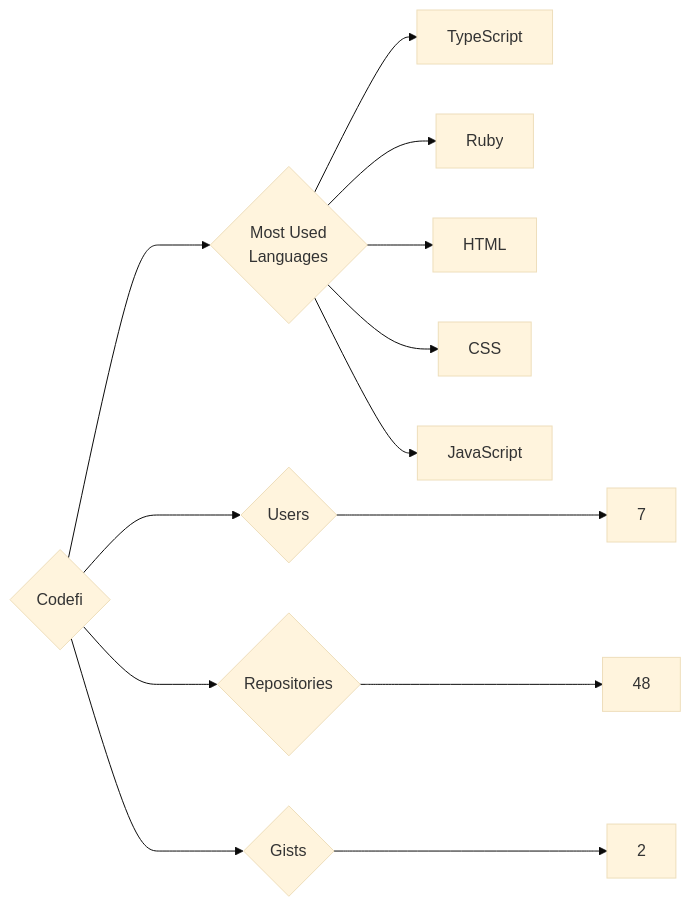
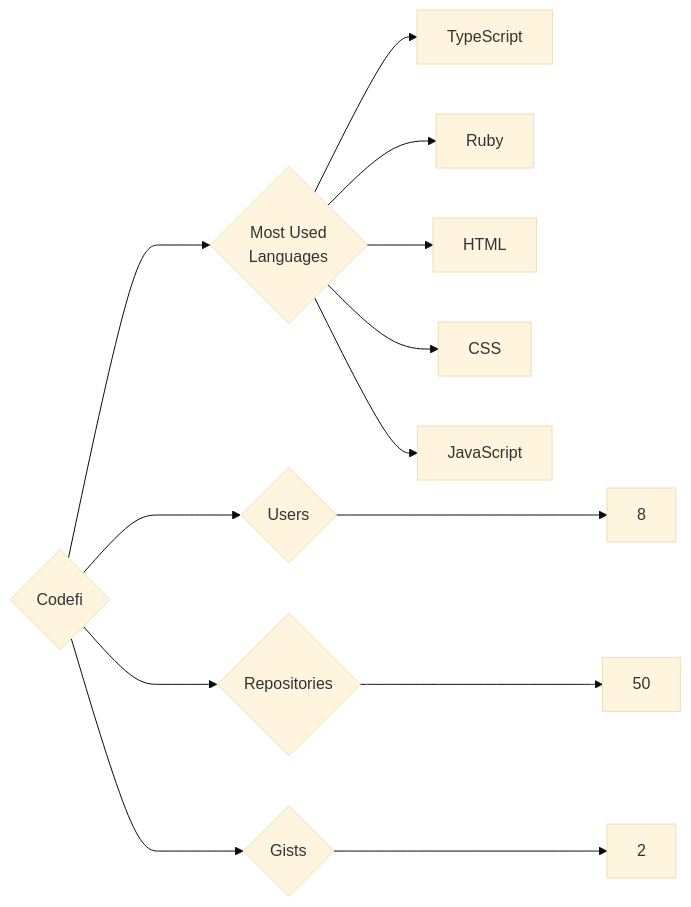
One commit to trickest/insiders changed the diagram in targets/Codefi/README.md. Above: the diagram before and after it, drawn with Mermaid (base theme). The commit also changed 934 other files, not shown here.

````diff
--- a/targets/Codefi/README.md
+++ b/targets/Codefi/README.md
@@ -3,13 +3,13 @@
 ```mermaid
 graph LR
 COMPANY_NAME{Codefi}
-COMPANY_NAME ---> U{Users} ---> UN[7]
-COMPANY_NAME ---> R{Repositories} ---> RN[48]
+COMPANY_NAME ---> U{Users} ---> UN[8]
+COMPANY_NAME ---> R{Repositories} ---> RN[50]
 COMPANY_NAME ---> G{Gists} ---> GN[2]
 COMPANY_NAME ---> ML{Most Used<br>Languages}
 ML --> TypeScript[TypeScript]
 ML --> Ruby[Ruby]
 ML --> HTML[HTML]
 ML --> CSS[CSS]
 ML --> JavaScript[JavaScript]
 ```
````
